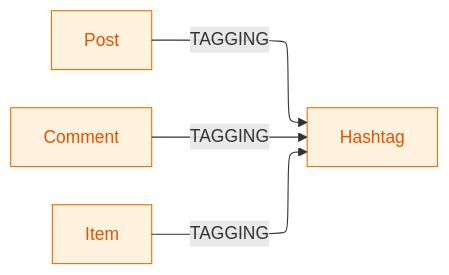
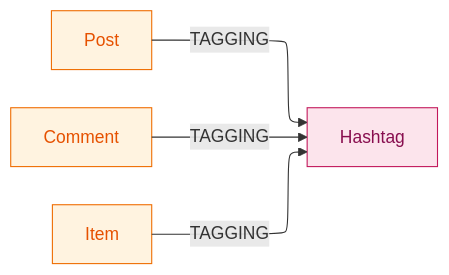
The third of 7 diagrams in docs/primitive/structural-edge-map.md (helping-kaiser/cogra), drawn with Mermaid before and after one commit. The commit also changed other lines of this file and 7 other files, not shown here.

First line of the commit message:
docs(nodes): give Hashtag its own Topic node category

````diff
--- a/docs/primitive/structural-edge-map.md
+++ b/docs/primitive/structural-edge-map.md
@@ -214,14 +214,15 @@
 ```mermaid
 %%{init: {"flowchart": {"defaultRenderer": "elk"}} }%%
 flowchart LR
     Post[Post]:::content
     Comment[Comment]:::content
     Item[Item]:::content
-    Hashtag[Hashtag]:::content
+    Hashtag[Hashtag]:::topic
 
     Post -->|TAGGING| Hashtag
     Comment -->|TAGGING| Hashtag
     Item -->|TAGGING| Hashtag
 
     classDef content fill:#fff3e0,stroke:#ef6c00,color:#e65100;
+    classDef topic   fill:#fce4ec,stroke:#c2185b,color:#880e4f;
 ```
````
